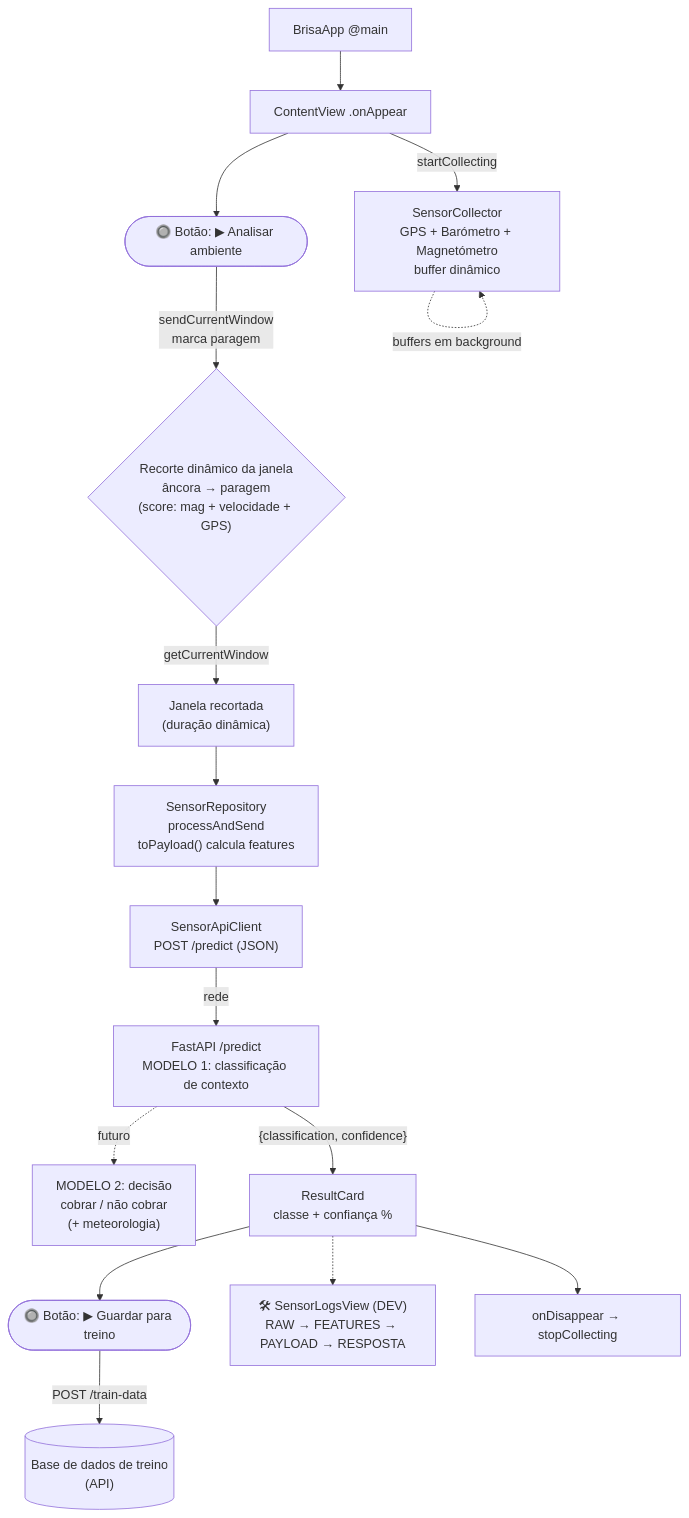
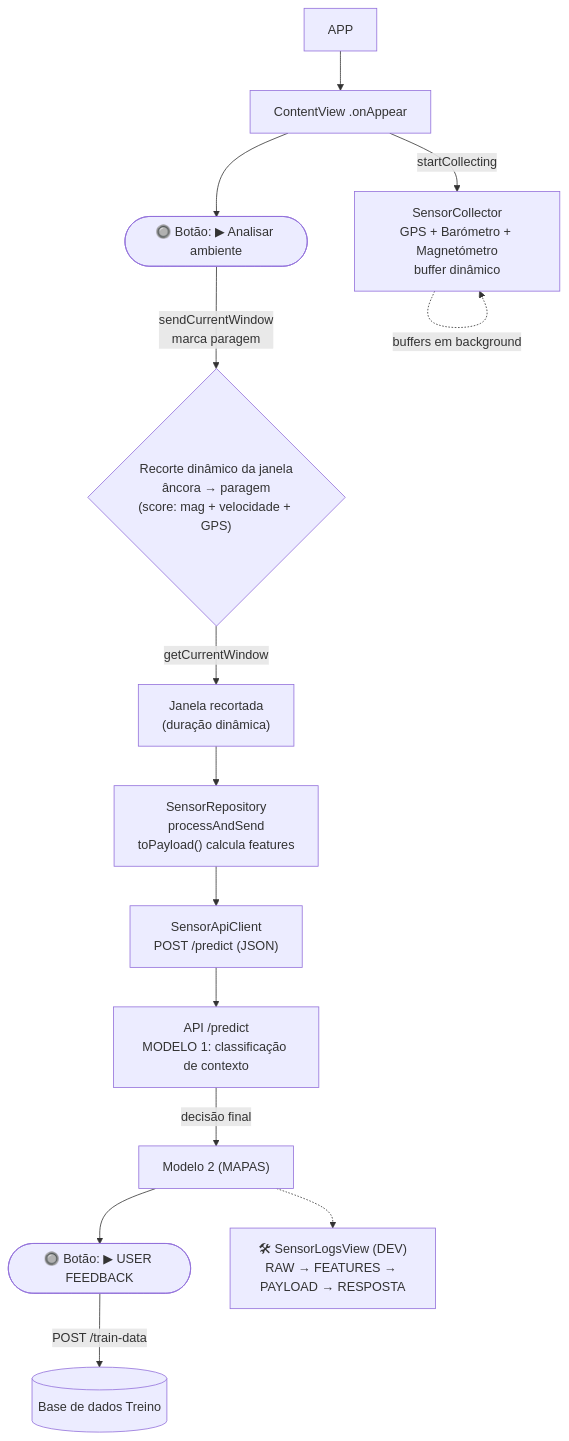
Before and after one commit to jose5556/Brisa_Hackathon: the diagram in app/IOS/FLUXO.md, drawn with Mermaid.

Commit message:
Update Mermaid diagram in FLUXO.md

````diff
--- a/app/IOS/FLUXO.md
+++ b/app/IOS/FLUXO.md
@@ -107,18 +107,16 @@
 ```mermaid
 flowchart TD
-    A["BrisaApp @main"] --> B["ContentView .onAppear"]
+    A["APP"] --> B["ContentView .onAppear"]
     B -->|startCollecting| C["SensorCollector\nGPS + Barómetro + Magnetómetro\nbuffer dinâmico"]
     C -.->|buffers em background| C
     B --> BTN(["🔘 Botão: ▶ Analisar ambiente"])
     BTN -->|sendCurrentWindow\nmarca paragem| D{"Recorte dinâmico da janela\nâncora → paragem\n(score: mag + velocidade + GPS)"}
     D -->|getCurrentWindow| E["Janela recortada\n(duração dinâmica)"]
     E --> F["SensorRepository\nprocessAndSend\ntoPayload() calcula features"]
     F --> K["SensorApiClient\nPOST /predict (JSON)"]
-    K -->|rede| L["FastAPI /predict\nMODELO 1: classificação de contexto"]
-    L -. futuro .-> L2["MODELO 2: decisão\ncobrar / não cobrar\n(+ meteorologia)"]
-    L -->|"{classification, confidence}"| N["ResultCard\nclasse + confiança %"]
-    N --> SAVE(["🔘 Botão: ▶ Guardar para treino"])
-    SAVE -->|POST /train-data| DB[("Base de dados de treino\n(API)")]
+    K --> L["API /predict\nMODELO 1: classificação de contexto"]
+    L -->|decisão final| N["Modelo 2 (MAPAS)\n "]
+    N --> SAVE(["🔘 Botão: ▶ USER FEEDBACK"])
+    SAVE -->|POST /train-data| DB[("Base de dados Treino\n")]
     N -.-> LOGS["🛠 SensorLogsView (DEV)\nRAW → FEATURES → PAYLOAD → RESPOSTA"]
-    N --> O["onDisappear → stopCollecting"]
 ```
````
